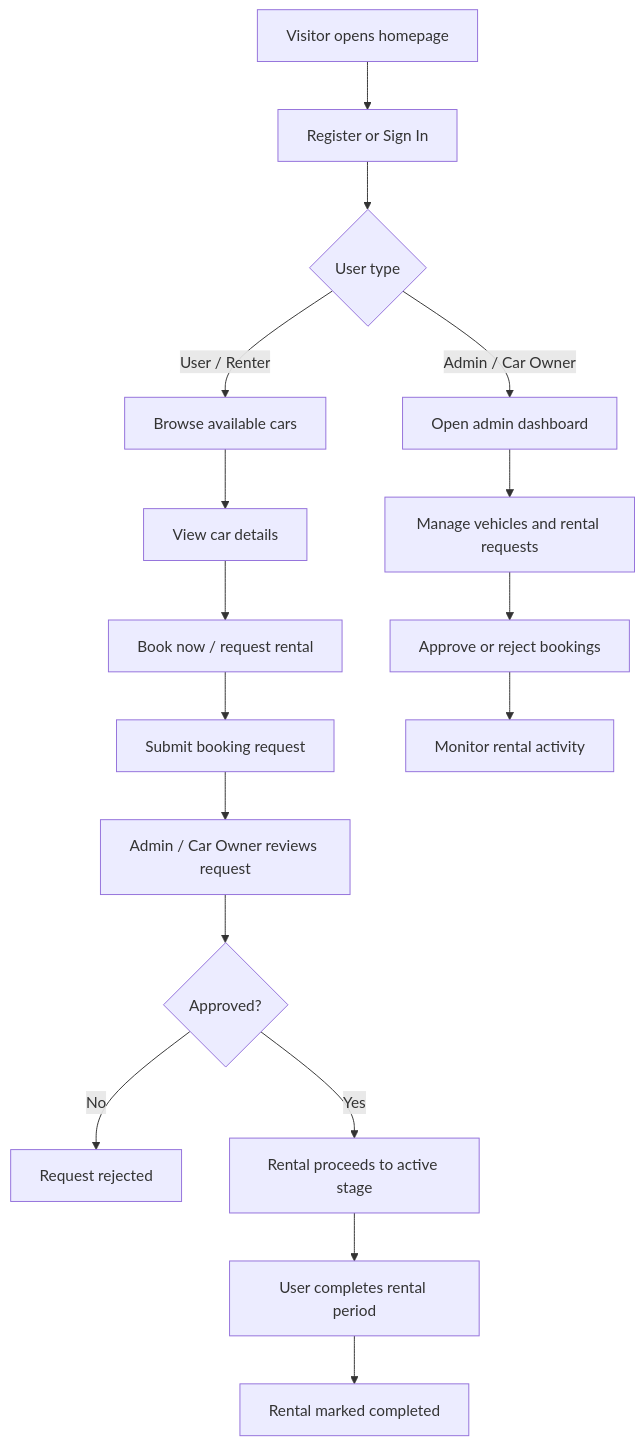
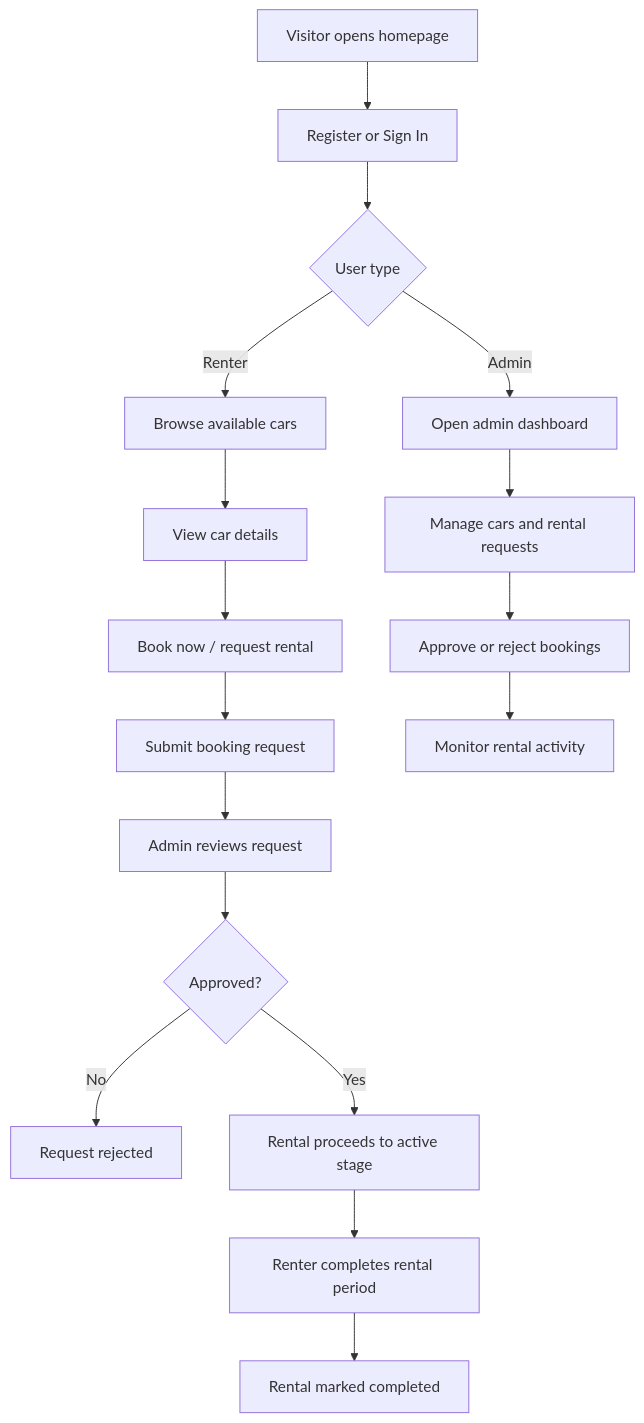
Before and after one commit to YoursTrulyInarius/Car_Rental: the diagram in README.md, drawn with Mermaid. The commit also changed other lines of this file, not shown here.

````diff
--- a/README.md
+++ b/README.md
@@ -42,22 +48,22 @@
 ```mermaid
 flowchart TD
     A[Visitor opens homepage] --> B[Register or Sign In]
     B --> C{User type}
 
-    C -->|User / Renter| D[Browse available cars]
+    C -->|Renter| D[Browse available cars]
     D --> E[View car details]
     E --> F[Book now / request rental]
     F --> G[Submit booking request]
-    G --> H[Admin / Car Owner reviews request]
+    G --> H[Admin reviews request]
 
     H --> I{Approved?}
     I -->|No| J[Request rejected]
     I -->|Yes| K[Rental proceeds to active stage]
-    K --> L[User completes rental period]
+    K --> L[Renter completes rental period]
     L --> M[Rental marked completed]
 
-    C -->|Admin / Car Owner| N[Open admin dashboard]
-    N --> O[Manage vehicles and rental requests]
+    C -->|Admin| N[Open admin dashboard]
+    N --> O[Manage cars and rental requests]
     O --> P[Approve or reject bookings]
     P --> Q[Monitor rental activity]
 ```
````
